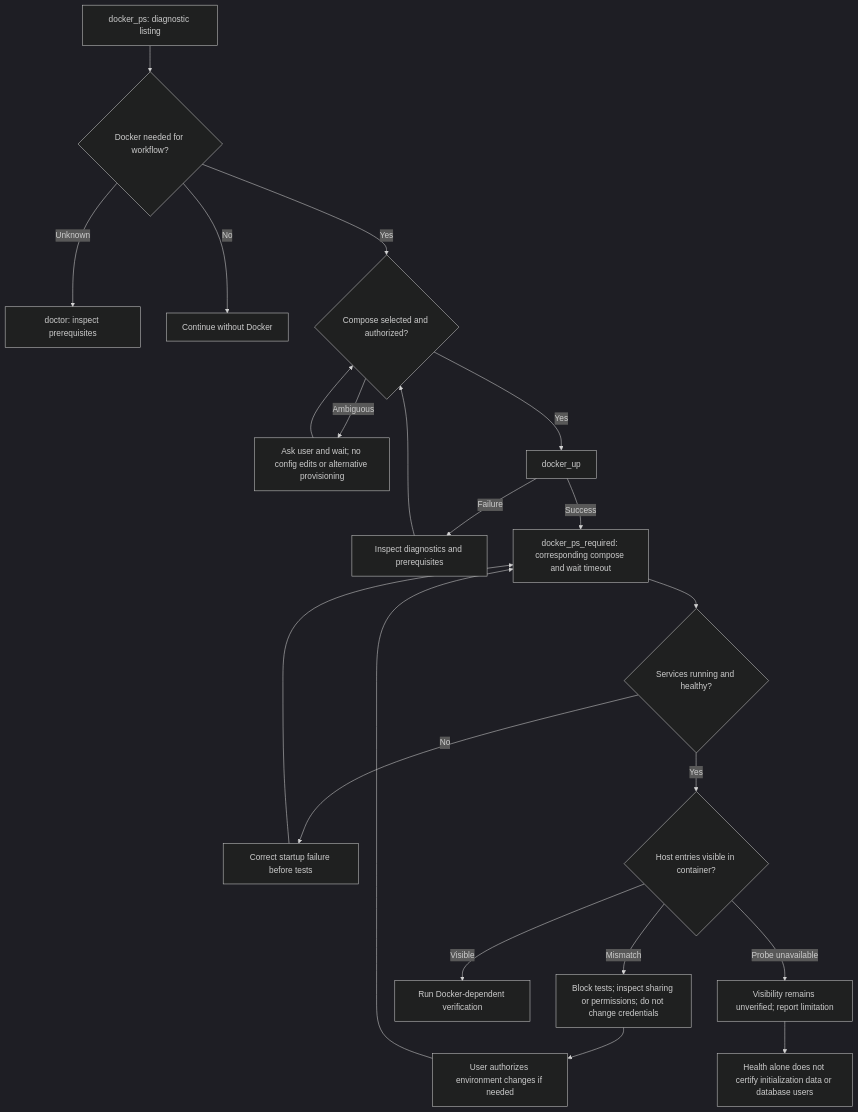
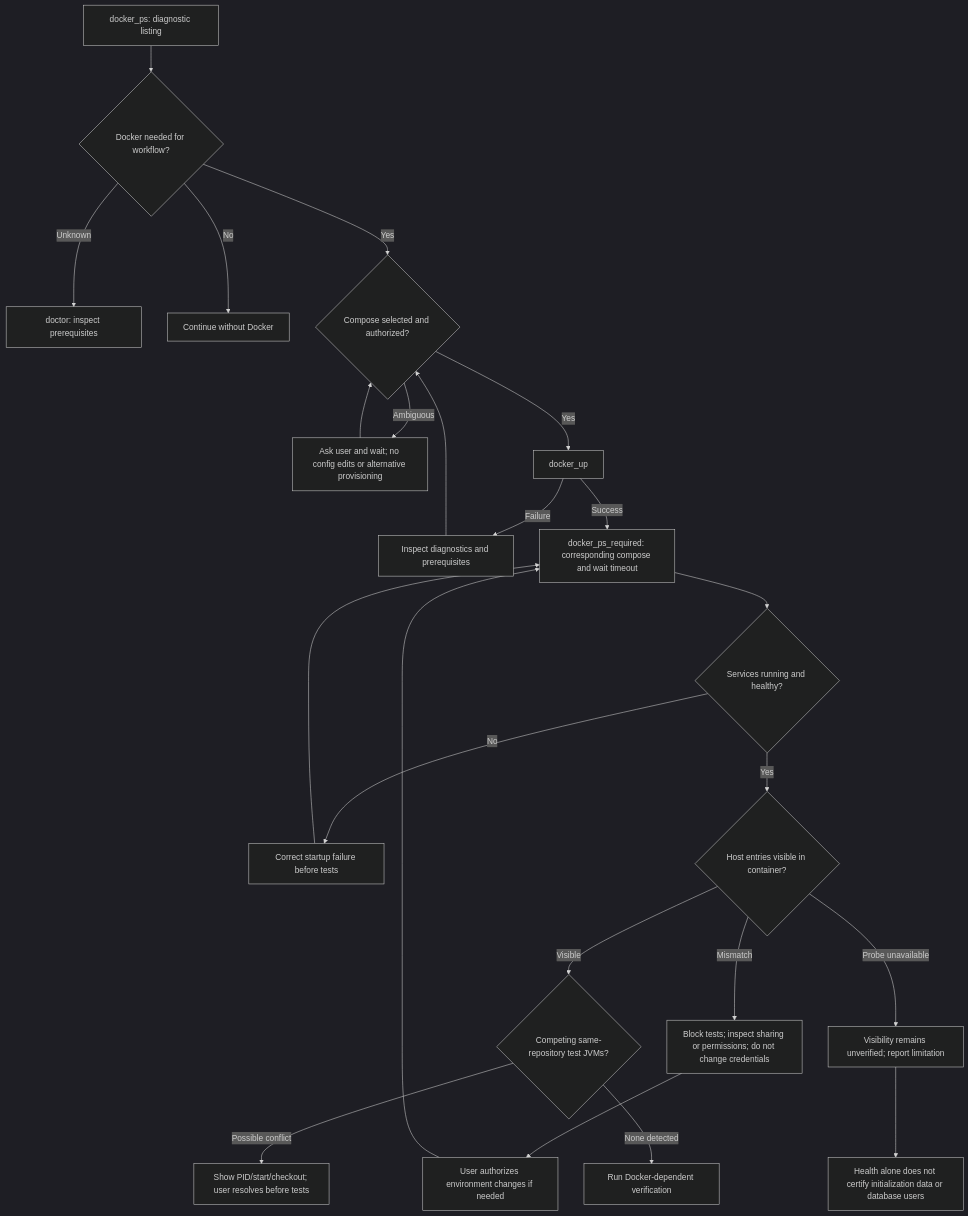
One commit to antonillos/makevn changed the second of 3 diagrams in docs/workflow-guidance.md. Above: the diagram before and after it, drawn with Mermaid (dark theme). The commit also changed other lines of this file and 7 other files, not shown here.

Commit message:
fix(tests): guard shared services against competing test JVMs

````diff
--- a/docs/workflow-guidance.md
+++ b/docs/workflow-guidance.md
@@ -33,23 +33,25 @@
 ```mermaid
 flowchart TD
     PS[docker_ps: diagnostic listing] --> NEED{Docker needed for workflow?}
     NEED -->|Unknown| DOC[doctor: inspect prerequisites]
     NEED -->|No| CONT[Continue without Docker]
     NEED -->|Yes| COMPOSE{Compose selected and authorized?}
     COMPOSE -->|Ambiguous| ASK[Ask user and wait; no config edits or alternative provisioning]
     ASK --> COMPOSE
     COMPOSE -->|Yes| UP[docker_up]
     UP -->|Failure| DIAG[Inspect diagnostics and prerequisites]
     DIAG --> COMPOSE
     UP -->|Success| REQUIRED[docker_ps_required: corresponding compose and wait timeout]
     REQUIRED --> HEALTH{Services running and healthy?}
     HEALTH -->|No| FIX[Correct startup failure before tests]
     FIX --> REQUIRED
     HEALTH -->|Yes| MOUNTS{Host entries visible in container?}
     MOUNTS -->|Mismatch| BLOCK[Block tests; inspect sharing or permissions; do not change credentials]
     BLOCK --> APPROVAL[User authorizes environment changes if needed]
     APPROVAL --> REQUIRED
-    MOUNTS -->|Visible| TESTS[Run Docker-dependent verification]
+    MOUNTS -->|Visible| JVMS{Competing same-repository test JVMs?}
+    JVMS -->|Possible conflict| PAUSE[Show PID/start/checkout; user resolves before tests]
+    JVMS -->|None detected| TESTS[Run Docker-dependent verification]
     MOUNTS -->|Probe unavailable| UNKNOWN[Visibility remains unverified; report limitation]
     UNKNOWN --> LIMIT[Health alone does not certify initialization data or database users]
 ```
````
